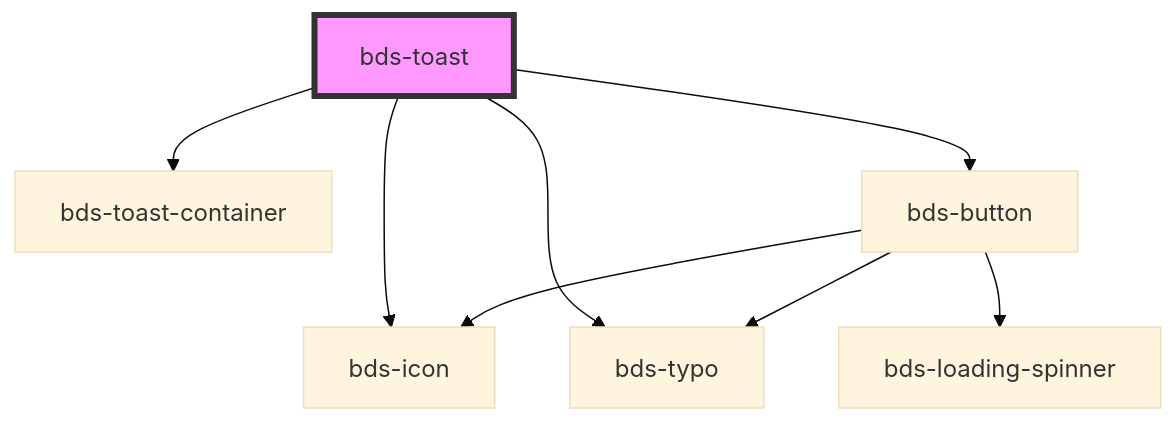
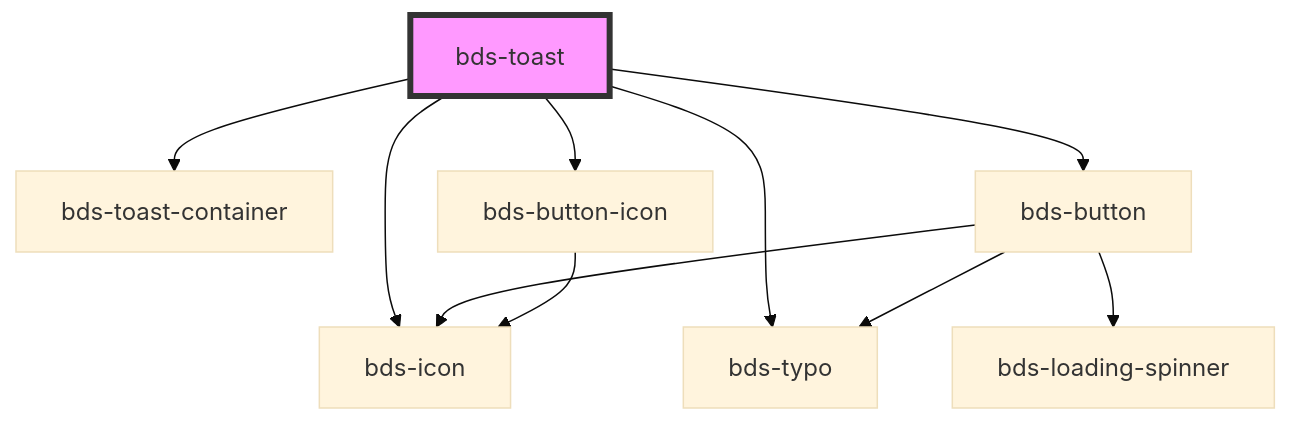
Before and after one commit to takenet/blip-ds: the diagram in src/components/toast/readme.md, drawn with Mermaid (base theme). The commit also changed other lines of this file and 3 other files, not shown here.

````diff
--- a/src/components/toast/readme.md
+++ b/src/components/toast/readme.md
@@ -65,11 +66,13 @@
 ```mermaid
 graph TD;
   bds-toast --> bds-toast-container
   bds-toast --> bds-icon
   bds-toast --> bds-typo
   bds-toast --> bds-button
+  bds-toast --> bds-button-icon
   bds-button --> bds-icon
   bds-button --> bds-typo
   bds-button --> bds-loading-spinner
+  bds-button-icon --> bds-icon
   style bds-toast fill:#f9f,stroke:#333,stroke-width:4px
 ```
````
